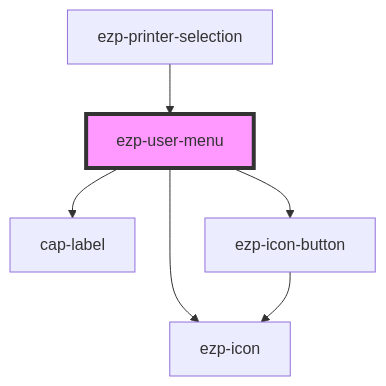
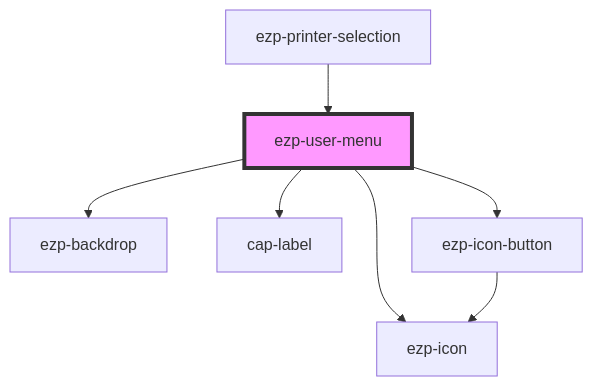
One commit to ezeep/ezeep-js changed the diagram in src/components/ezp-user-menu/readme.md. Above: the diagram before and after it, drawn with Mermaid. The commit also changed other lines of this file and 15 other files, not shown here.

````diff
--- a/src/components/ezp-user-menu/readme.md
+++ b/src/components/ezp-user-menu/readme.md
@@ -35,9 +34,10 @@
 ```mermaid
 graph TD;
+  ezp-user-menu --> ezp-backdrop
   ezp-user-menu --> cap-label
   ezp-user-menu --> ezp-icon-button
   ezp-user-menu --> ezp-icon
   ezp-icon-button --> ezp-icon
   ezp-printer-selection --> ezp-user-menu
   style ezp-user-menu fill:#f9f,stroke:#333,stroke-width:4px
 ```
````
